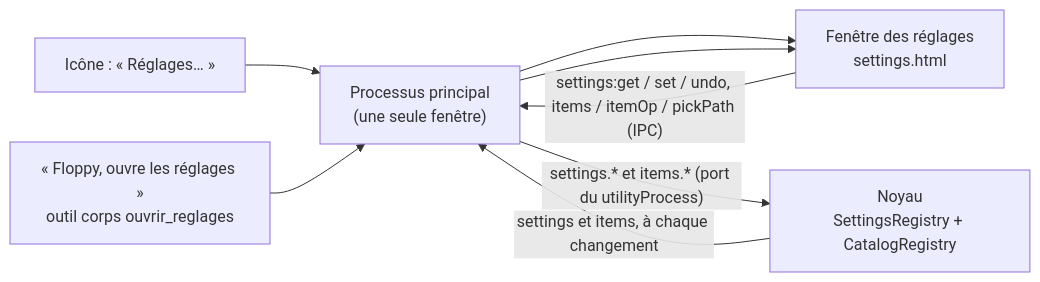
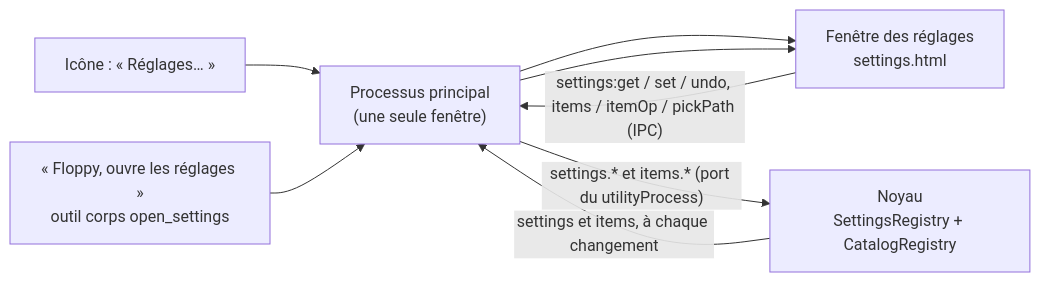
One commit to gleborgne/floppy changed the fourth of 4 diagrams in docs/spec/reglages.md. Above: the diagram before and after it, drawn with Mermaid. The commit also changed other lines of this file and 169 other files, not shown here.

````diff
--- a/docs/spec/reglages.md
+++ b/docs/spec/reglages.md
@@ -121,9 +121,9 @@
 ```mermaid
 flowchart LR
   T["Icône : « Réglages… »"] --> M
-  V["« Floppy, ouvre les réglages »<br/>outil corps ouvrir_reglages"] --> M
+  V["« Floppy, ouvre les réglages »<br/>outil corps open_settings"] --> M
   M["Processus principal<br/>(une seule fenêtre)"] --> W["Fenêtre des réglages<br/>settings.html"]
   W -- "settings:get / set / undo, items / itemOp / pickPath (IPC)" --> M
   M -- "settings.* et items.* (port du utilityProcess)" --> K["Noyau<br/>SettingsRegistry + CatalogRegistry"]
   K -- "settings et items, à chaque changement" --> M --> W
 ```
````
